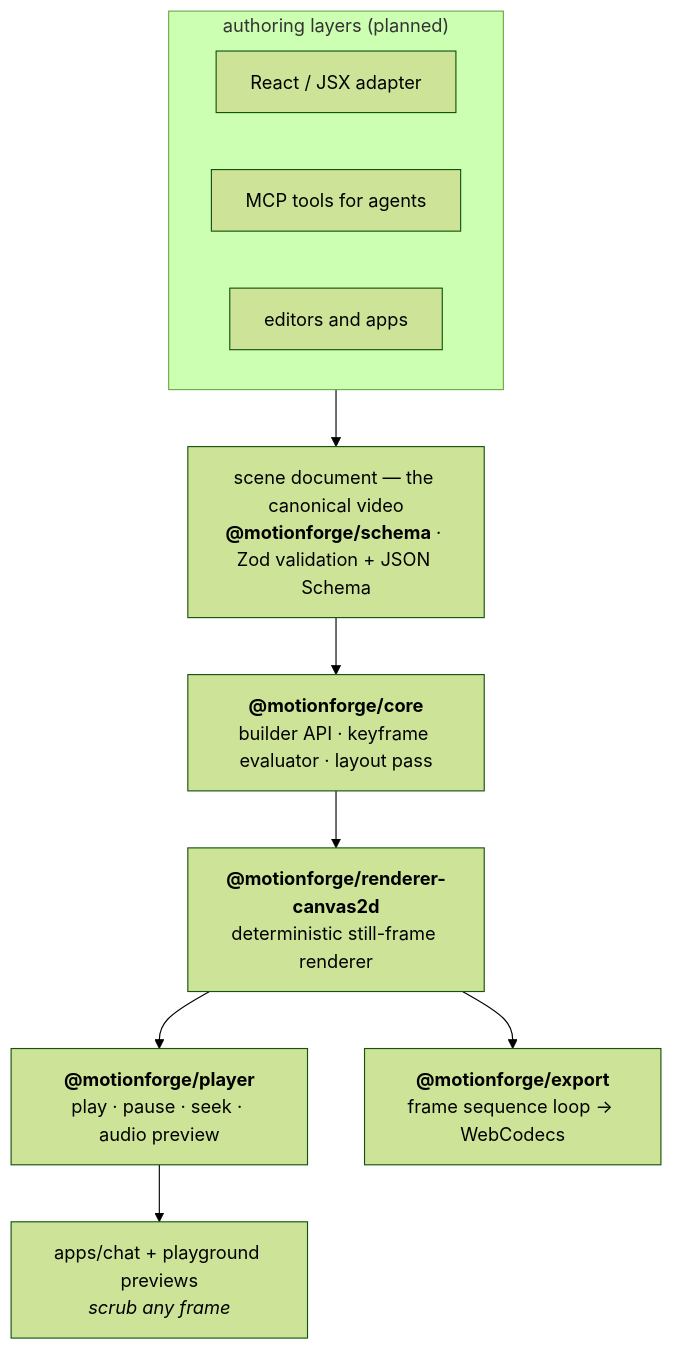
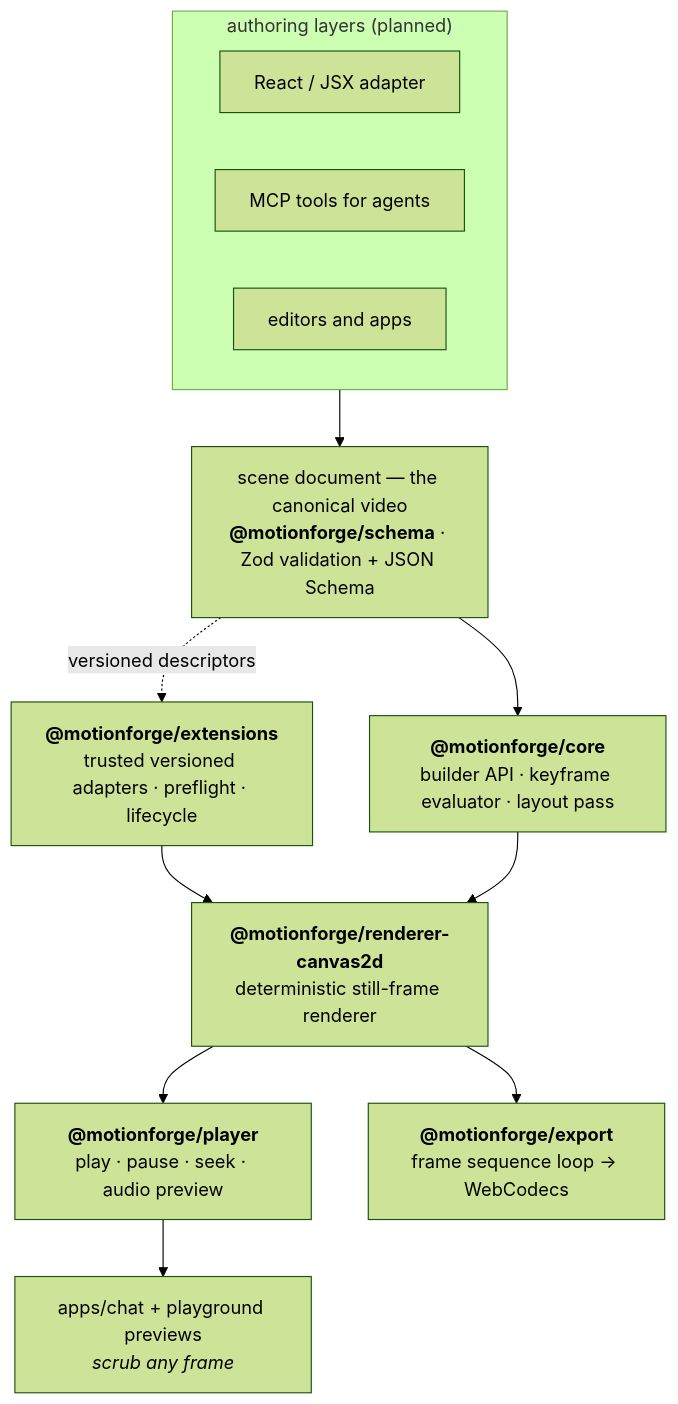
The second of 2 diagrams in README.md (PansaLegrand/dojo-video-engine), drawn with Mermaid (forest theme) before and after one commit. The commit also changed other lines of this file and 59 other files, not shown here.

````diff
--- a/README.md
+++ b/README.md
@@ -54,17 +54,19 @@
 ```mermaid
 flowchart TB
     subgraph adapters ["authoring layers (planned)"]
         direction LR
         JSX["React / JSX adapter"]
         MCP["MCP tools for agents"]
         ED["editors and apps"]
     end
 
     adapters --> SCENE["scene document — the canonical video<br/><b>@motionforge/schema</b> · Zod validation + JSON Schema"]
 
     SCENE --> CORE["<b>@motionforge/core</b><br/>builder API · keyframe evaluator · layout pass"]
+    SCENE -. "versioned descriptors" .-> EXT["<b>@motionforge/extensions</b><br/>trusted versioned adapters · preflight · lifecycle"]
+    EXT --> R2D
     CORE --> R2D["<b>@motionforge/renderer-canvas2d</b><br/>deterministic still-frame renderer"]
     R2D --> PLAYER["<b>@motionforge/player</b><br/>play · pause · seek · audio preview"]
     PLAYER --> PREVIEW["apps/chat + playground previews<br/><i>scrub any frame</i>"]
     R2D --> EXPORT["<b>@motionforge/export</b><br/>frame sequence loop → WebCodecs"]
 ```
````
